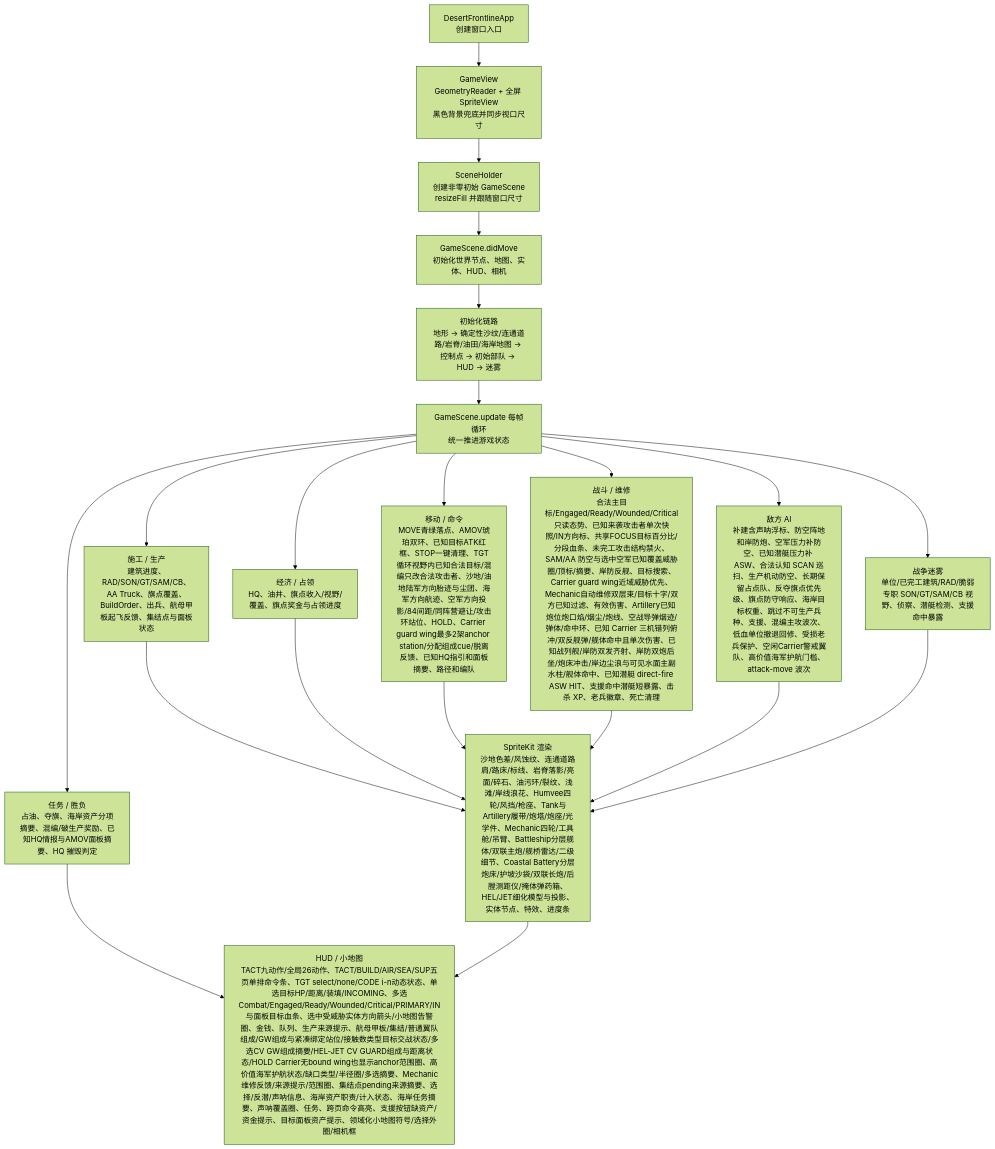
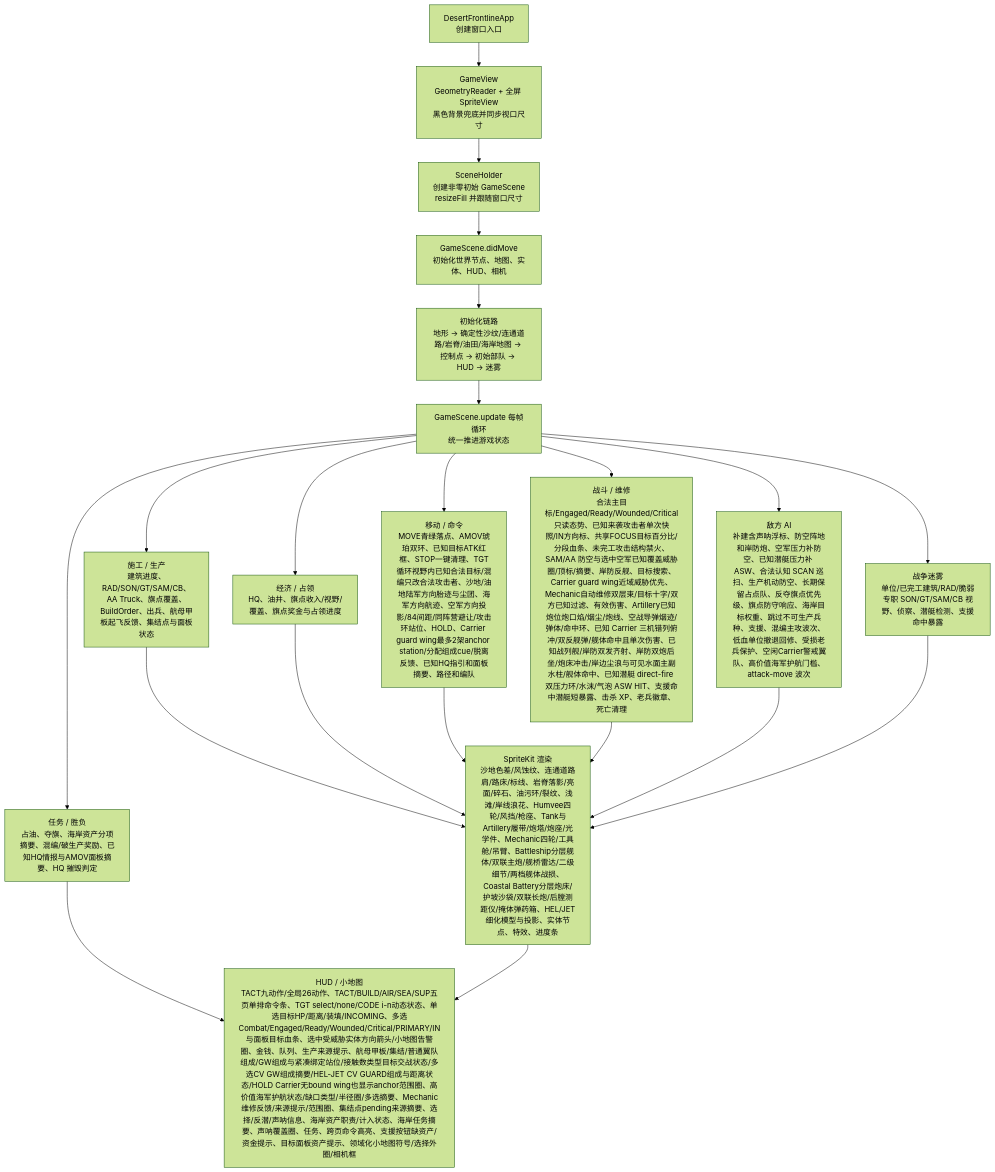
One commit to Altman-sam114/1145 changed the first of 3 diagrams in md/flow/flowchart.md. Above: the diagram before and after it, drawn with Mermaid (forest theme). The commit also changed 6 other files, not shown here.

````diff
--- a/md/flow/flowchart.md
+++ b/md/flow/flowchart.md
@@ -9,23 +9,23 @@
 ```mermaid
 flowchart TD
   App["DesertFrontlineApp\n创建窗口入口"] --> View["GameView\nGeometryReader + 全屏 SpriteView\n黑色背景兜底并同步视口尺寸"]
   View --> Holder["SceneHolder\n创建非零初始 GameScene\nresizeFill 并跟随窗口尺寸"]
   Holder --> Scene["GameScene.didMove\n初始化世界节点、地图、实体、HUD、相机"]
   Scene --> Init["初始化链路\n地形 -> 确定性沙纹/连通道路/岩脊/油田/海岸地图 -> 控制点 -> 初始部队 -> HUD -> 迷雾"]
   Init --> Loop["GameScene.update 每帧循环\n统一推进游戏状态"]
   Loop --> Build["施工 / 生产\n建筑进度、RAD/SON/GT/SAM/CB、AA Truck、旗点覆盖、BuildOrder、出兵、航母甲板起飞反馈、集结点与面板状态"]
   Loop --> Economy["经济 / 占领\nHQ、油井、旗点收入/视野/覆盖、旗点奖金与占领进度"]
   Loop --> Commands["移动 / 命令\nMOVE青绿落点、AMOV琥珀双环、已知目标ATK红框、STOP一键清理、TGT循环视野内已知合法目标/混编只改合法攻击者、沙地/油地陆军方向胎迹与尘团、海军方向航迹、空军方向投影/84间距/同阵营避让/攻击环站位、HOLD、Carrier guard wing最多2架anchor station/分配组成cue/脱离反馈、已知HQ指引和面板摘要、路径和编队"]
-  Loop --> Combat["战斗 / 维修\n合法主目标/Engaged/Ready/Wounded/Critical只读态势、已知来袭攻击者单次快照/IN方向标、共享FOCUS目标百分比/分段血条、未完工攻击结构禁火、SAM/AA 防空与选中空军已知覆盖威胁圈/顶标/摘要、岸防反舰、目标搜索、Carrier guard wing近域威胁优先、Mechanic自动维修双层束/目标十字/双方已知过滤、有效伤害、Artillery已知炮位炮口焰/烟尘/炮线、空战导弹烟迹/弹体/命中环、已知 Carrier 三机错列俯冲/双反舰弹/舰体命中且单次伤害、已知战列舰/岸防双发齐射、岸防双炮后坐/炮床冲击/岸边尘浪与可见水面主副水柱/舰体命中、已知潜艇 direct-fire ASW HIT、支援命中潜艇短暴露、击杀 XP、老兵徽章、死亡清理"]
+  Loop --> Combat["战斗 / 维修\n合法主目标/Engaged/Ready/Wounded/Critical只读态势、已知来袭攻击者单次快照/IN方向标、共享FOCUS目标百分比/分段血条、未完工攻击结构禁火、SAM/AA 防空与选中空军已知覆盖威胁圈/顶标/摘要、岸防反舰、目标搜索、Carrier guard wing近域威胁优先、Mechanic自动维修双层束/目标十字/双方已知过滤、有效伤害、Artillery已知炮位炮口焰/烟尘/炮线、空战导弹烟迹/弹体/命中环、已知 Carrier 三机错列俯冲/双反舰弹/舰体命中且单次伤害、已知战列舰/岸防双发齐射、岸防双炮后坐/炮床冲击/岸边尘浪与可见水面主副水柱/舰体命中、已知潜艇 direct-fire 双压力环/水沫/气泡 ASW HIT、支援命中潜艇短暴露、击杀 XP、老兵徽章、死亡清理"]
   Loop --> AI["敌方 AI\n补建含声呐浮标、防空阵地和岸防炮、空军压力补防空、已知潜艇压力补 ASW、合法认知 SCAN 巡扫、生产机动防空、长期保留占点队、反夺旗点优先级、旗点防守响应、海岸目标权重、跳过不可生产兵种、支援、混编主攻波次、低血单位撤退回修、受损老兵保护、空闲Carrier警戒翼队、高价值海军护航门槛、attack-move 波次"]
   Loop --> Fog["战争迷雾\n单位/已完工建筑/RAD/脆弱专职 SON/GT/SAM/CB 视野、侦察、潜艇检测、支援命中暴露"]
   Loop --> Mission["任务 / 胜负\n占油、夺旗、海岸资产分项摘要、混编/破生产奖励、已知HQ情报与AMOV面板摘要、HQ 摧毁判定"]
-  Build --> Render["SpriteKit 渲染\n沙地色差/风蚀纹、连通道路肩/路床/标线、岩脊落影/亮面/碎石、油污环/裂纹、浅滩/岸线浪花、Humvee四轮/风挡/枪座、Tank与Artillery履带/炮塔/炮座/光学件、Mechanic四轮/工具舱/吊臂、Battleship分层舰体/双联主炮/舰桥雷达/二级细节、Coastal Battery分层炮床/护坡沙袋/双联长炮/后膛测距仪/掩体弹药箱、HEL/JET细化模型与投影、实体节点、特效、进度条"]
+  Build --> Render["SpriteKit 渲染\n沙地色差/风蚀纹、连通道路肩/路床/标线、岩脊落影/亮面/碎石、油污环/裂纹、浅滩/岸线浪花、Humvee四轮/风挡/枪座、Tank与Artillery履带/炮塔/炮座/光学件、Mechanic四轮/工具舱/吊臂、Battleship分层舰体/双联主炮/舰桥雷达/二级细节/两档舰体战损、Coastal Battery分层炮床/护坡沙袋/双联长炮/后膛测距仪/掩体弹药箱、HEL/JET细化模型与投影、实体节点、特效、进度条"]
   Economy --> Render
   Commands --> Render
   Combat --> Render
   AI --> Render
   Fog --> Render
   Mission --> HUD["HUD / 小地图\nTACT九动作/全局26动作、TACT/BUILD/AIR/SEA/SUP五页单排命令条、TGT select/none/CODE i-n动态状态、单选目标HP/距离/装填/INCOMING、多选Combat/Engaged/Ready/Wounded/Critical/PRIMARY/IN与面板目标血条、选中受威胁实体方向箭头/小地图告警圈、金钱、队列、生产来源提示、航母甲板/集结/普通翼队组成/GW组成与紧凑绑定站位/接触数类型目标交战状态/多选CV GW组成摘要/HEL-JET CV GUARD组成与距离状态/HOLD Carrier无bound wing也显示anchor范围圈、高价值海军护航状态/缺口类型/半径圈/多选摘要、Mechanic维修反馈/来源提示/范围圈、集结点pending来源摘要、选择/反潜/声呐信息、海岸资产职责/计入状态、海岸任务摘要、声呐覆盖圈、任务、跨页命令高亮、支援按钮缺资产/资金提示、目标面板资产提示、领域化小地图符号/选择外圈/相机框"]
   Render --> HUD
 ```
````
